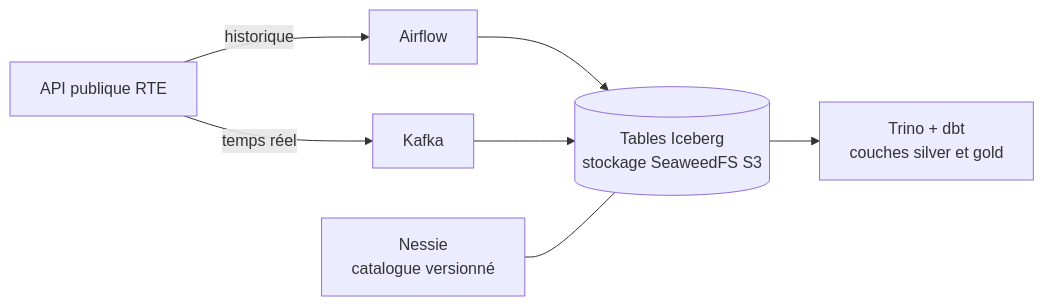
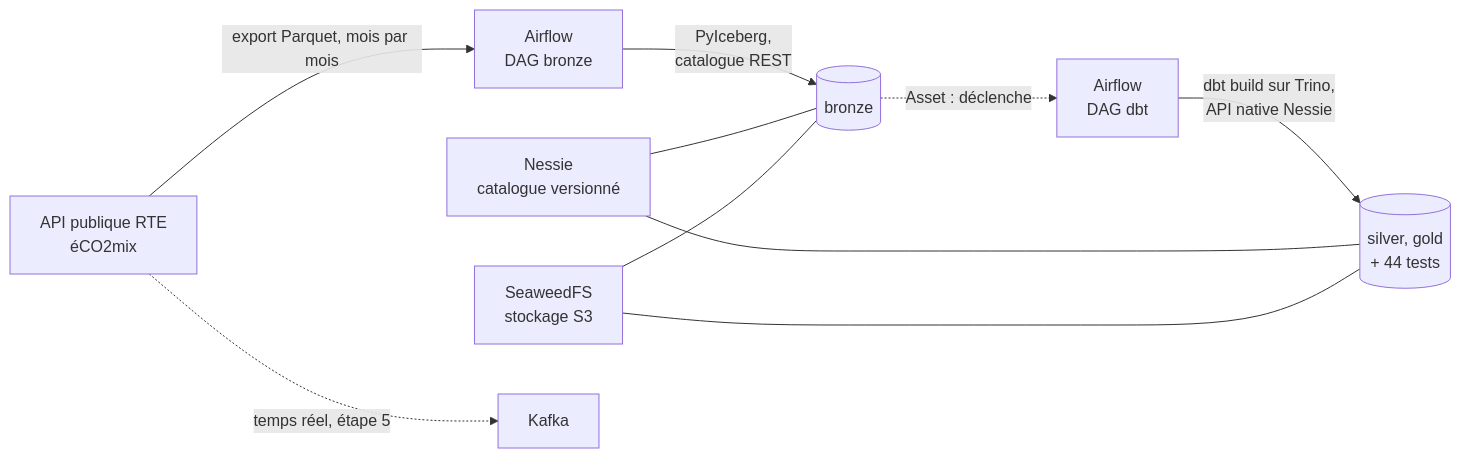
Before and after one commit to Maeva-RODRIGUES/wattlake: the diagram in README.md, drawn with Mermaid. The commit also changed other lines of this file, not shown here.

````diff
--- a/README.md
+++ b/README.md
@@ -27,9 +27,12 @@
 ```mermaid
 flowchart LR
-    API[API publique RTE] -->|historique| AF[Airflow]
-    API -->|temps réel| K[Kafka]
-    AF --> ICE[(Tables Iceberg<br/>stockage SeaweedFS S3)]
-    K --> ICE
-    NES[Nessie<br/>catalogue versionné] --- ICE
-    ICE --> TR[Trino + dbt<br/>couches silver et gold]
+    API[API publique RTE<br/>éCO2mix] -->|export Parquet, mois par mois| AF[Airflow<br/>DAG bronze]
+    AF -->|PyIceberg,<br/>catalogue REST| BR[(bronze)]
+    BR -.->|Asset : déclenche| DBT[Airflow<br/>DAG dbt]
+    DBT -->|dbt build sur Trino,<br/>API native Nessie| SG[(silver, gold<br/>+ 44 tests)]
+    NES[Nessie<br/>catalogue versionné] --- BR
+    NES --- SG
+    S3[SeaweedFS<br/>stockage S3] --- BR
+    S3 --- SG
+    API -.->|temps réel, étape 5| K[Kafka]
 ```
````
